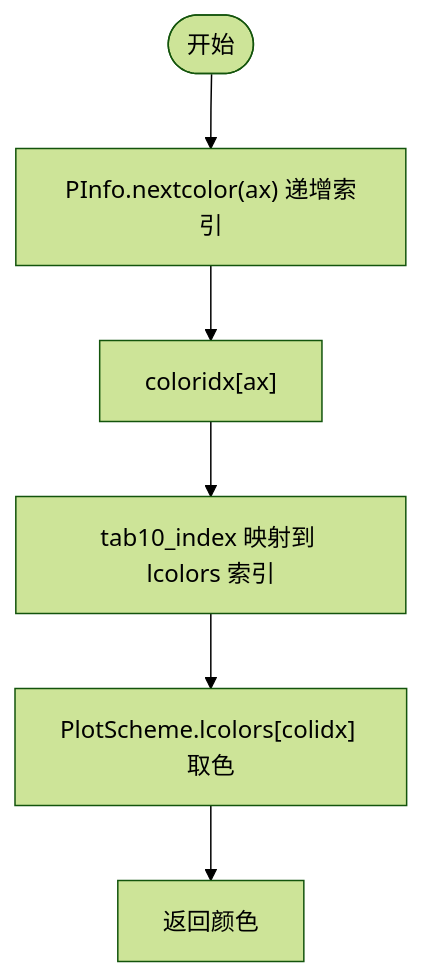
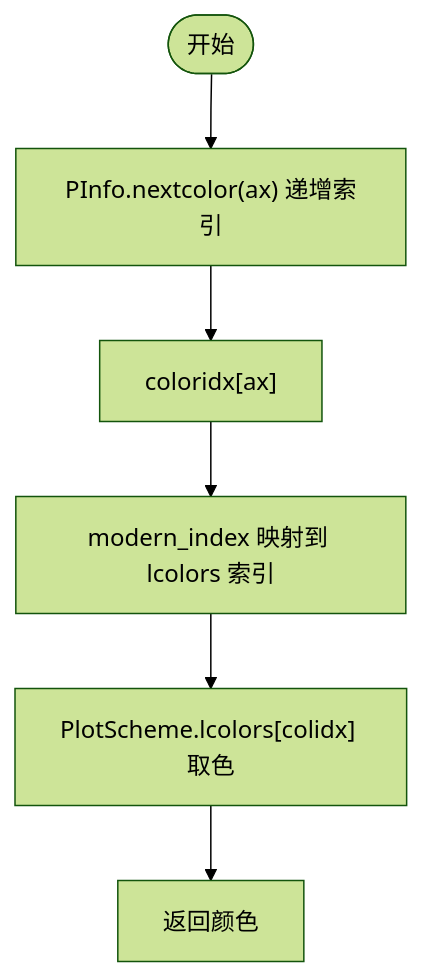
One commit to bench-prog/backtrader changed the fourth of 9 diagrams in .qoder/repowiki/zh/content/项目概述/核心功能特性/可视化系统/图表样式与主题.md. Above: the diagram before and after it, drawn with Mermaid (forest theme). The commit also changed other lines of this file and 40 other files, not shown here.

````diff
--- a/.qoder/repowiki/zh/content/项目概述/核心功能特性/可视化系统/图表样式与主题.md
+++ b/.qoder/repowiki/zh/content/项目概述/核心功能特性/可视化系统/图表样式与主题.md
@@ -192,8 +229,8 @@
 ```mermaid
 flowchart TD
 Start(["开始"]) --> NextColor["PInfo.nextcolor(ax) 递增索引"]
 NextColor --> GetIdx["coloridx[ax]"]
-GetIdx --> Map["tab10_index 映射到 lcolors 索引"]
+GetIdx --> Map["modern_index 映射到 lcolors 索引"]
 Map --> Pick["PlotScheme.lcolors[colidx] 取色"]
 Pick --> Return["返回颜色"]
 ```
````
